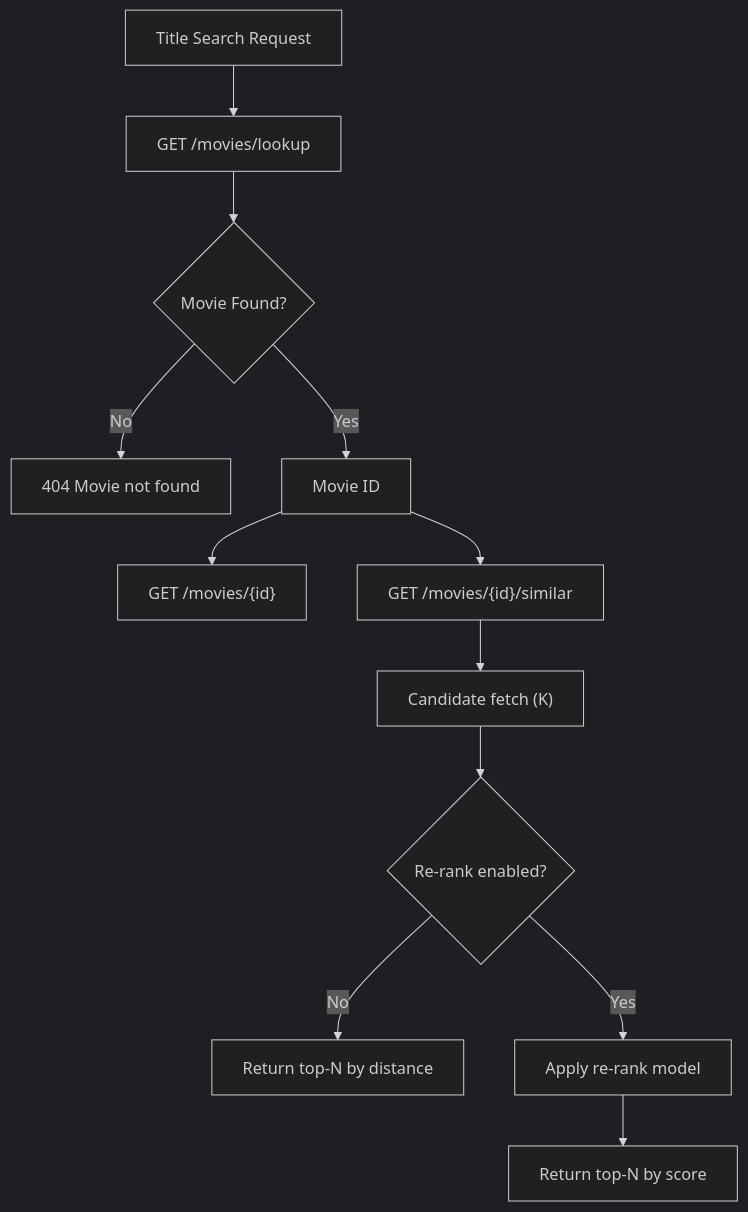
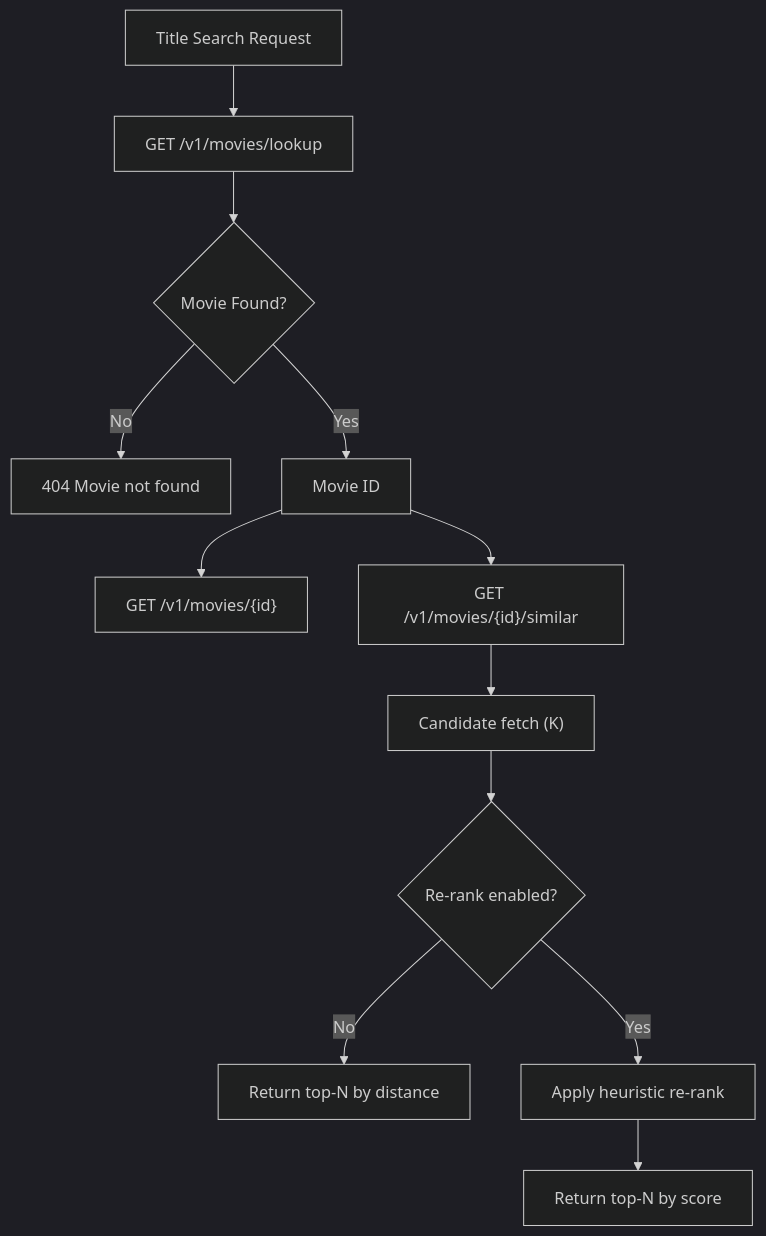
The first of 4 diagrams in apps/api/README.md (Amr-Mohie-eldeen/taste-kid), drawn with Mermaid (dark theme) before and after one commit. The commit also changed other lines of this file, not shown here.

````diff
--- a/apps/api/README.md
+++ b/apps/api/README.md
@@ -19,14 +38,14 @@
 ```mermaid
 flowchart TD
-    A["Title Search Request"] --> B["GET /movies/lookup"]
+    A["Title Search Request"] --> B["GET /v1/movies/lookup"]
     B --> C{"Movie Found?"}
     C -- "No" --> D["404 Movie not found"]
     C -- "Yes" --> E["Movie ID"]
-    E --> F["GET /movies/{id}"]
-    E --> G["GET /movies/{id}/similar"]
+    E --> F["GET /v1/movies/{id}"]
+    E --> G["GET /v1/movies/{id}/similar"]
     G --> H["Candidate fetch (K)"]
     H --> I{"Re-rank enabled?"}
     I -- "No" --> J["Return top-N by distance"]
-    I -- "Yes" --> K["Apply re-rank model"]
+    I -- "Yes" --> K["Apply heuristic re-rank"]
     K --> L["Return top-N by score"]
 ```
````
